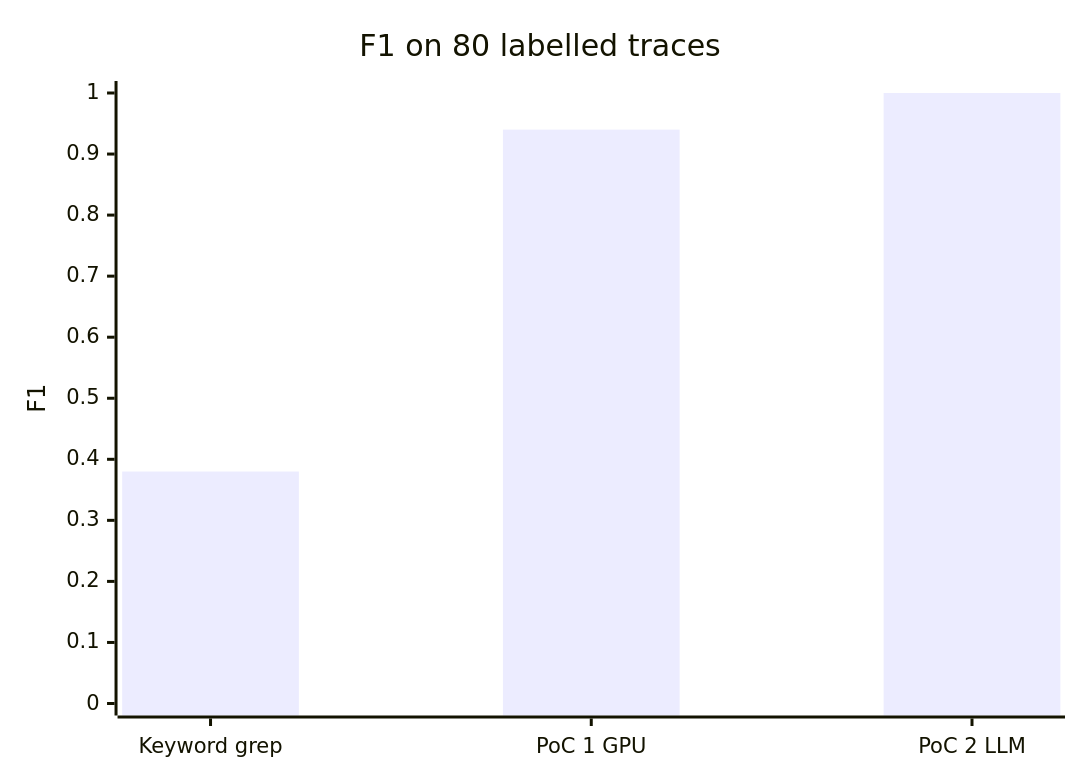
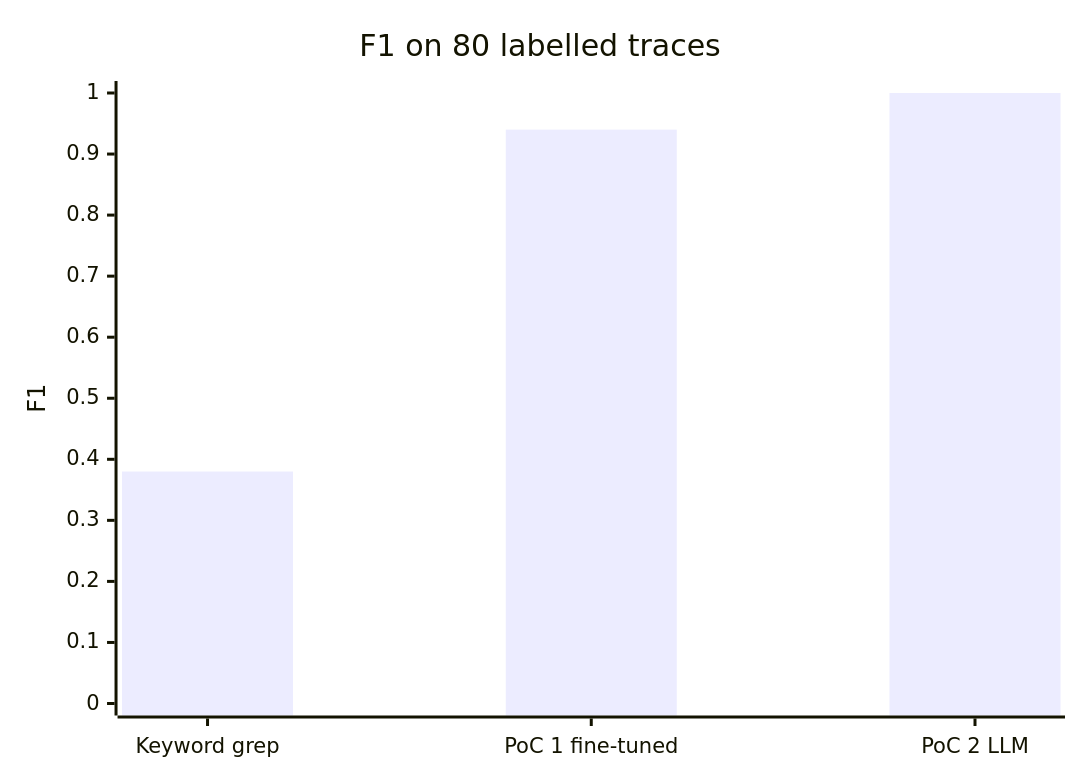
One commit to AliRezaFarahnak-Customer-Demos/log-anomaly-gpu-vs-llm-poc changed the second of 3 diagrams in README.md. Above: the diagram before and after it, drawn with Mermaid. The commit also changed other lines of this file, not shown here.

````diff
--- a/README.md
+++ b/README.md
@@ -37,7 +36,7 @@
 ```mermaid
 xychart-beta
     title "F1 on 80 labelled traces"
-    x-axis ["Keyword grep", "PoC 1 GPU", "PoC 2 LLM"]
+    x-axis ["Keyword grep", "PoC 1 fine-tuned", "PoC 2 LLM"]
     y-axis "F1" 0 --> 1
     bar [0.38, 0.94, 1.0]
 ```
````
